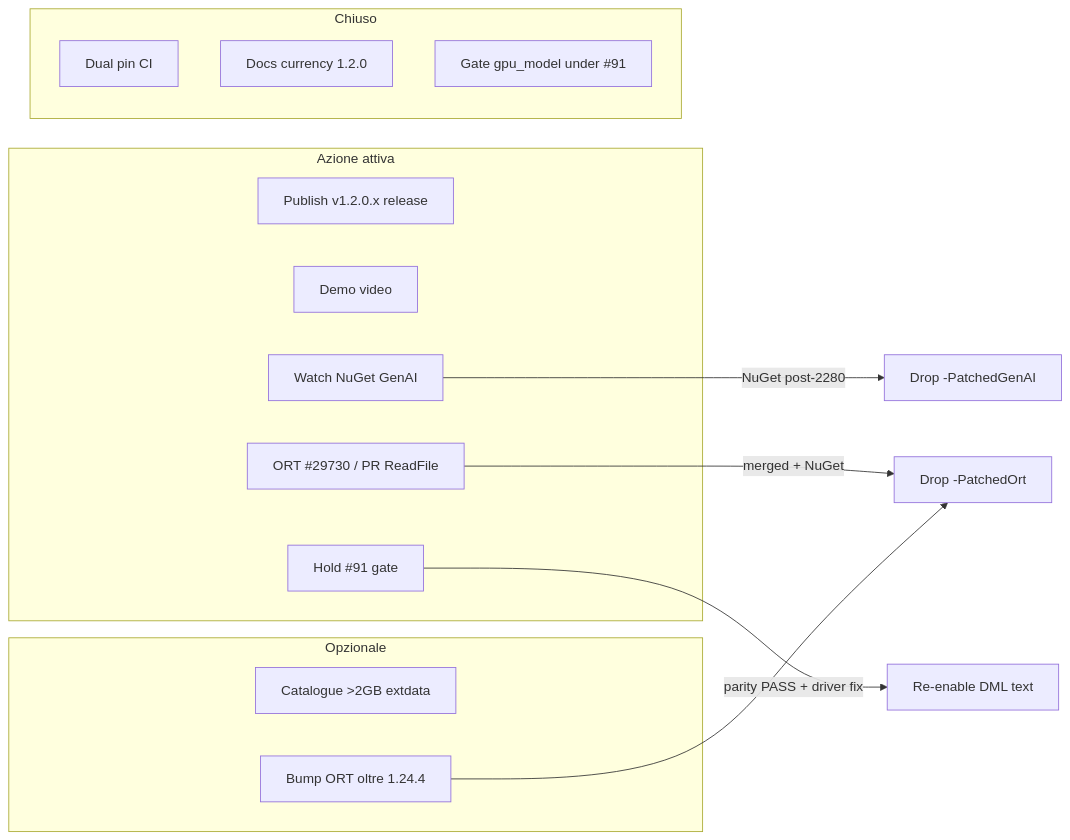
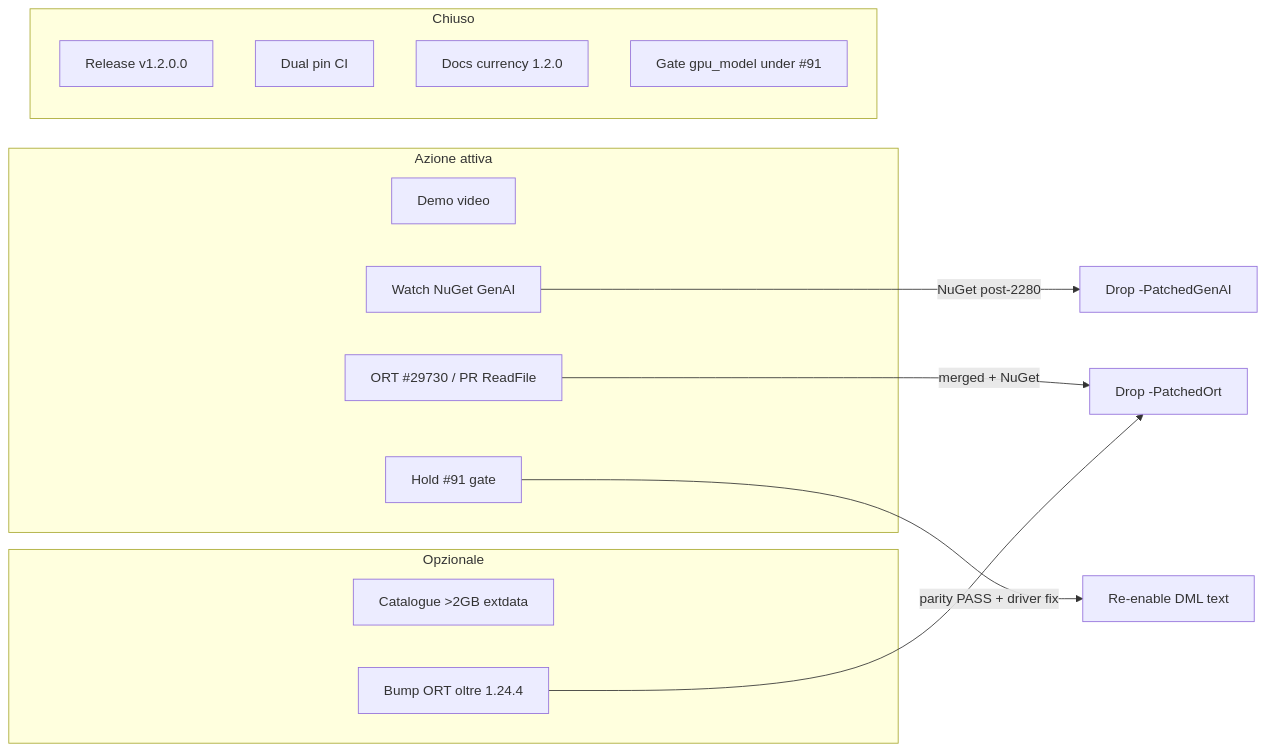
The diagram in docs/vendor-lifecycle-plan.md (gianlucamazza/xllama), drawn with Mermaid before and after one commit. The commit also changed other lines of this file and 4 other files, not shown here.

````diff
--- a/docs/vendor-lifecycle-plan.md
+++ b/docs/vendor-lifecycle-plan.md
@@ -28,23 +28,23 @@
 ```mermaid
 flowchart LR
   subgraph active [Azione attiva]
-    A0[Publish v1.2.0.x release]
     A1[Demo video]
     A2[Watch NuGet GenAI]
     A3[ORT #29730 / PR ReadFile]
     A4[Hold #91 gate]
   end
   subgraph optional [Opzionale]
     B1[Catalogue >2GB extdata]
     B2[Bump ORT oltre 1.24.4]
   end
   subgraph done [Chiuso]
+    C0[Release v1.2.0.0]
     C1[Dual pin CI]
     C2[Docs currency 1.2.0]
     C3[Gate gpu_model under #91]
   end
   A2 -->|NuGet post-2280| DropGenAI[Drop -PatchedGenAI]
   A3 -->|merged + NuGet| DropOrt[Drop -PatchedOrt]
   B2 --> DropOrt
   A4 -->|parity PASS + driver fix| DmlText[Re-enable DML text]
 ```
````
